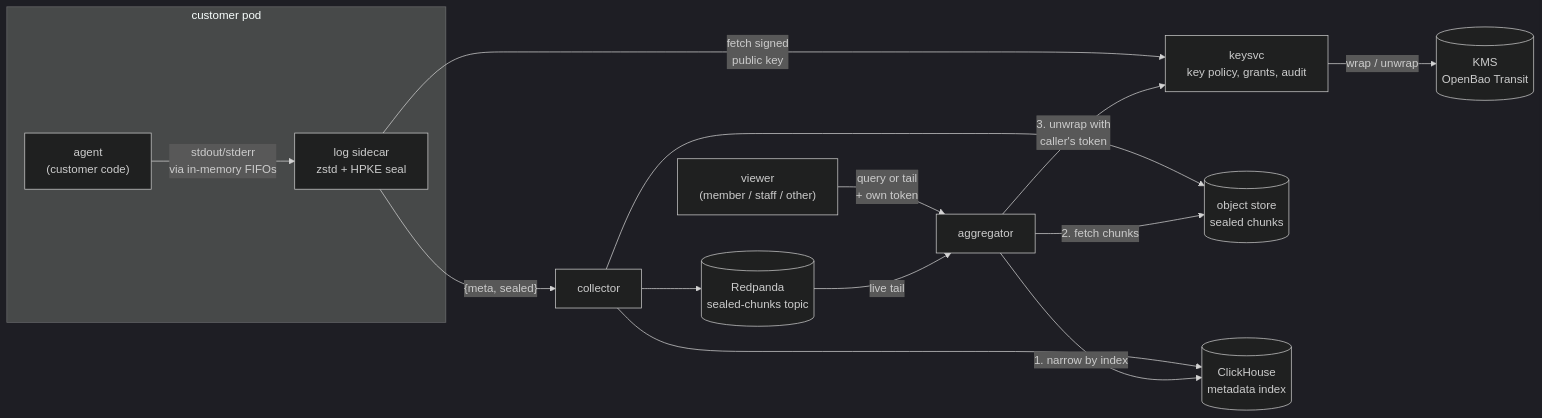
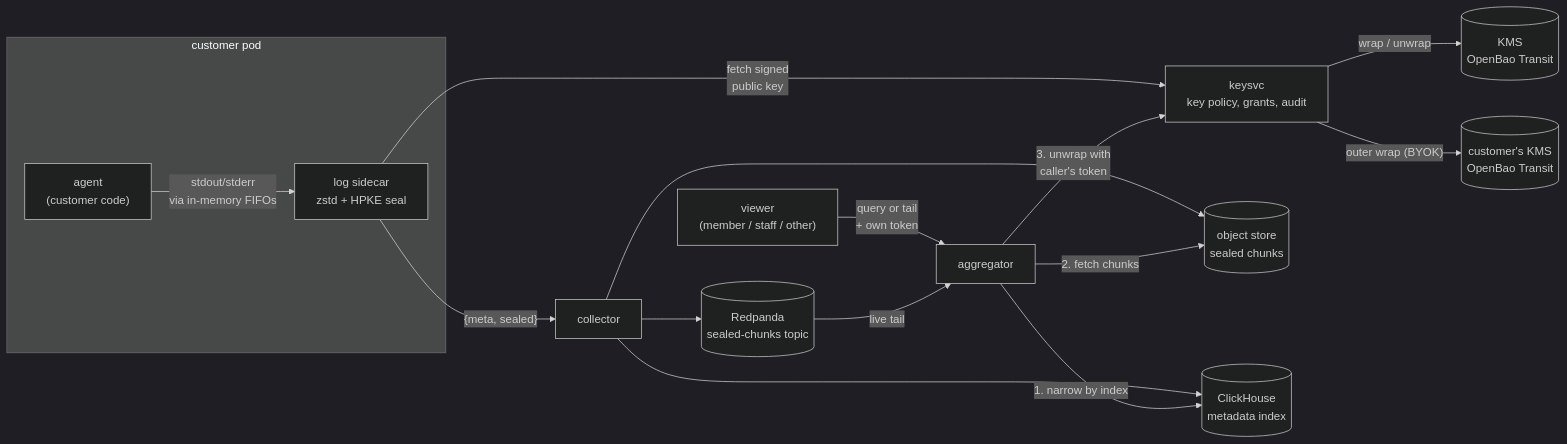
Before and after one commit to johndenverscar/sealed-logs: the diagram in README.md, drawn with Mermaid (dark theme). The commit also changed other lines of this file and 17 other files, not shown here.

````diff
--- a/README.md
+++ b/README.md
@@ -26,17 +32,18 @@
 ```mermaid
 flowchart LR
   subgraph pod["customer pod"]
     agent["agent<br/>(customer code)"] -- "stdout/stderr<br/>via in-memory FIFOs" --> sidecar["log sidecar<br/>zstd + HPKE seal"]
   end
   sidecar -- "fetch signed<br/>public key" --> keysvc
   sidecar -- "{meta, sealed}" --> collector
   collector --> bucket[("object store<br/>sealed chunks")]
   collector --> ch[("ClickHouse<br/>metadata index")]
   collector --> topic[("Redpanda<br/>sealed-chunks topic")]
   viewer["viewer<br/>(member / staff / other)"] -- "query or tail<br/>+ own token" --> aggregator
   topic -- "live tail" --> aggregator
   aggregator -- "1. narrow by index" --> ch
   aggregator -- "2. fetch chunks" --> bucket
   aggregator -- "3. unwrap with<br/>caller's token" --> keysvc["keysvc<br/>key policy, grants, audit"]
   keysvc -- "wrap / unwrap" --> kms[("KMS<br/>OpenBao Transit")]
+  keysvc -- "outer wrap (BYOK)" --> ckms[("customer's KMS<br/>OpenBao Transit")]
 ```
````
